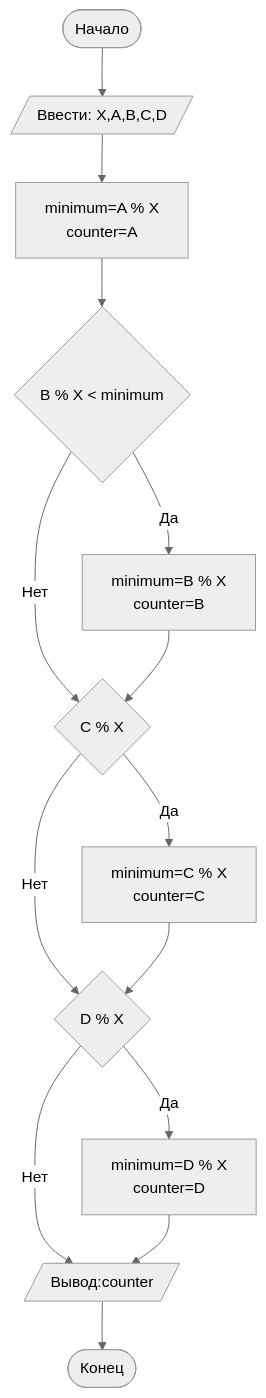
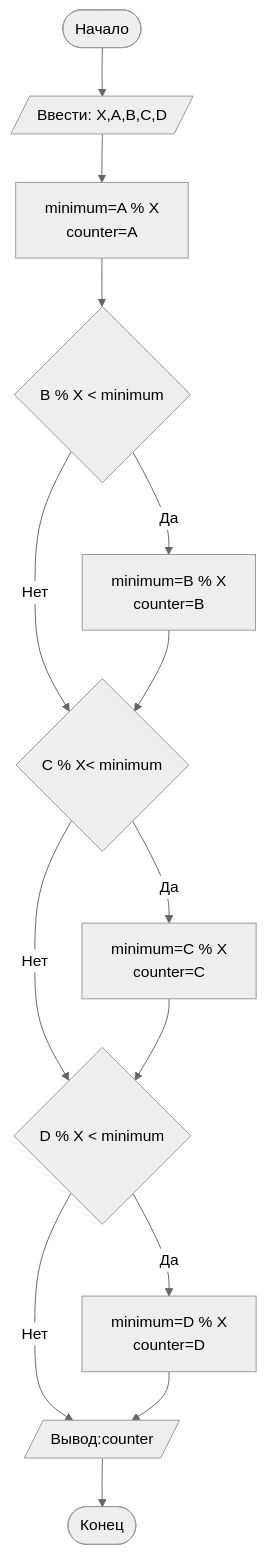
The diagram in README.md (ArseniyPM/README.md), drawn with Mermaid (neutral theme) before and after one commit.

````diff
--- a/README.md
+++ b/README.md
@@ -93,16 +93,16 @@
 ```mermaid
 graph TD
     A([Начало]) --> B[/Ввести: X,A,B,C,D/]
     B --> C[minimum=A % X<br/> counter=A]
     C --> D{B % X < minimum}
     D -- Да --> E[minimum=B % X <br/> counter=B]
-    D -- Нет --> F{C % X<minimum}
+    D -- Нет --> F{C % X< minimum}
     E --> F
     F -- Да --> G[minimum=C % X <br/> counter=C]
-    F -- Нет --> H{D % X<minimum}
+    F -- Нет --> H{D % X < minimum}
     G --> H
     H -- Да --> I[minimum=D % X <br/> counter=D]
     H -- Нет --> J[/Вывод:counter/]
     I --> J
     J --> K([Конец])
 ```
````
